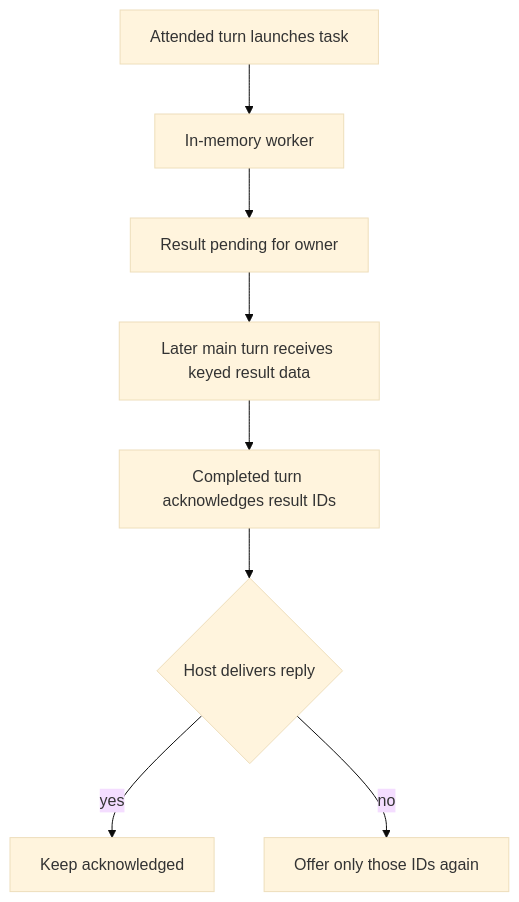
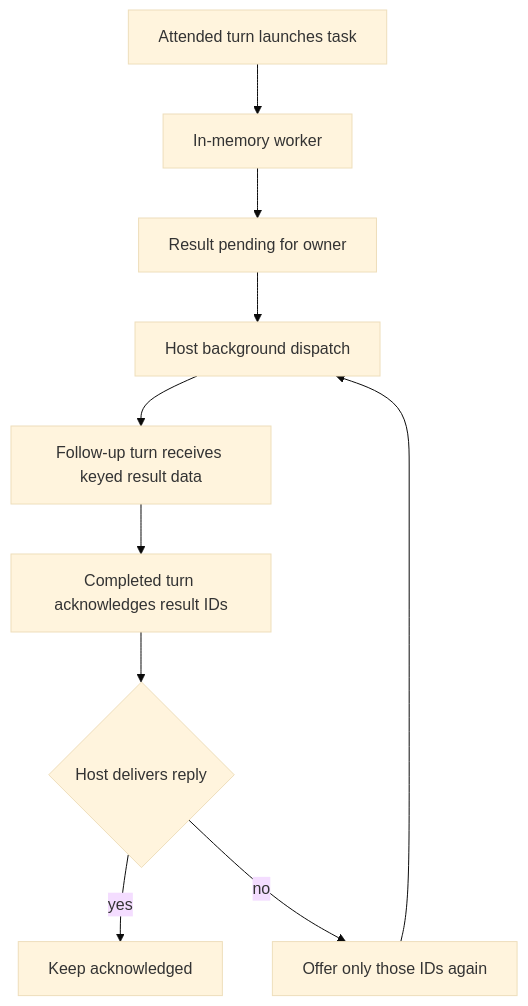
Before and after one commit to langchain-ai/deepagents: the second of 2 diagrams in openwiki/concepts/talon-scheduling.md, drawn with Mermaid (base theme). The commit also changed other lines of this file and 19 other files, not shown here.

````diff
--- a/openwiki/concepts/talon-scheduling.md
+++ b/openwiki/concepts/talon-scheduling.md
@@ -91,10 +91,12 @@
 ```mermaid
 flowchart TD
     Start["Attended turn launches task"] --> Worker["In-memory worker"]
     Worker --> Pending["Result pending for owner"]
-    Pending --> Main["Later main turn receives keyed result data"]
+    Pending --> Dispatch["Host background dispatch"]
+    Dispatch --> Main["Follow-up turn receives keyed result data"]
     Main --> Ack["Completed turn acknowledges result IDs"]
     Ack --> Delivery{"Host delivers reply"}
     Delivery -->|"yes"| Done["Keep acknowledged"]
     Delivery -->|"no"| Requeue["Offer only those IDs again"]
+    Requeue --> Dispatch
 ```
````
